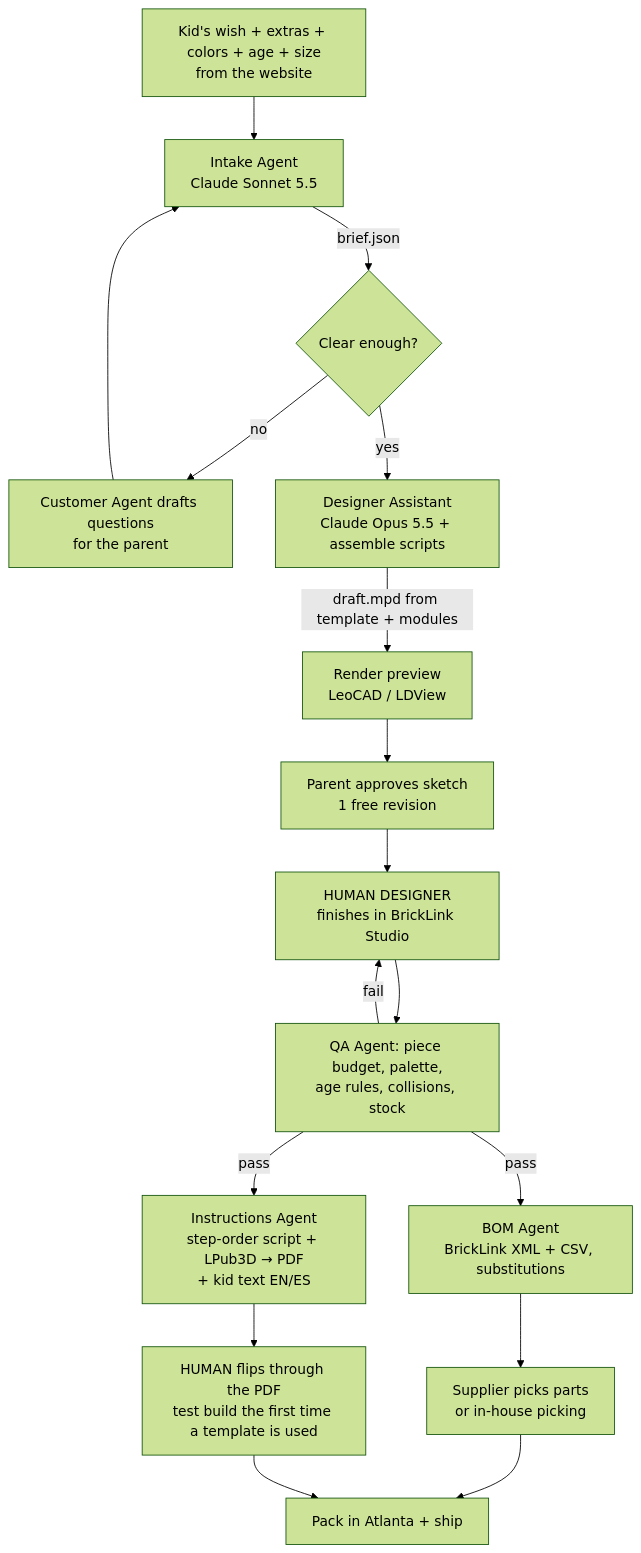
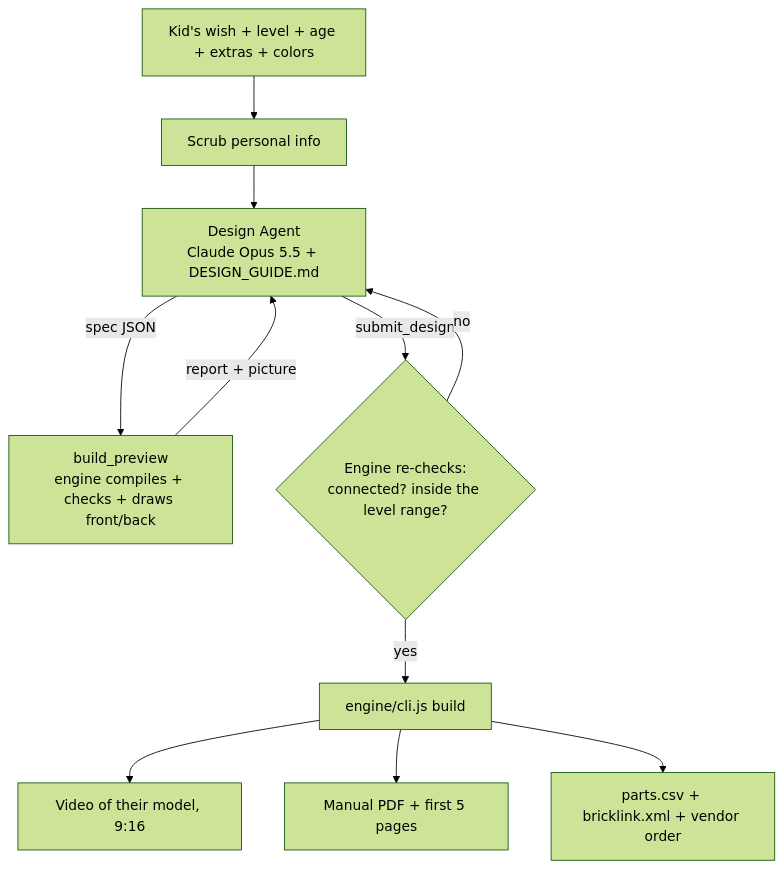
Before and after one commit to info4keyslocksmith-jpg/fifa-world-cup: the diagram in brickwish/AI_PIPELINE.md, drawn with Mermaid (forest theme). The commit also changed other lines of this file and 34 other files, not shown here.

First line of the commit message:
Levels 1-6 up to 8,000 pieces, every wish gets built, one JS engine

````diff
--- a/brickwish/AI_PIPELINE.md
+++ b/brickwish/AI_PIPELINE.md
@@ -39,18 +25,13 @@
 ```mermaid
 flowchart TD
-  A[Kid's wish + extras + colors + age + size<br/>from the website] --> B[Intake Agent<br/>Claude Sonnet 5.5]
-  B -->|brief.json| C{Clear enough?}
-  C -- no --> D[Customer Agent drafts questions<br/>for the parent] --> B
-  C -- yes --> E[Designer Assistant<br/>Claude Opus 5.5 + assemble scripts]
-  E -->|draft.mpd from template + modules| F[Render preview<br/>LeoCAD / LDView]
-  F --> G[Parent approves sketch<br/>1 free revision]
-  G --> H[HUMAN DESIGNER<br/>finishes in BrickLink Studio]
-  H --> I[QA Agent: piece budget, palette,<br/>age rules, collisions, stock]
-  I -- fail --> H
-  I -- pass --> J[BOM Agent<br/>BrickLink XML + CSV, substitutions]
-  I -- pass --> K[Instructions Agent<br/>step-order script + LPub3D → PDF<br/>+ kid text EN/ES]
-  J --> L[Supplier picks parts<br/>or in-house picking]
-  K --> M[HUMAN flips through the PDF<br/>test build the first time a template is used]
-  L --> N[Pack in Atlanta + ship]
-  M --> N
+  A[Kid's wish + level + age + extras + colors] --> S[Scrub personal info]
+  S --> D[Design Agent<br/>Claude Opus 5.5 + DESIGN_GUIDE.md]
+  D -->|spec JSON| P[build_preview<br/>engine compiles + checks + draws front/back]
+  P -->|report + picture| D
+  D -->|submit_design| C{Engine re-checks:<br/>connected? inside the level range?}
+  C -- no --> D
+  C -- yes --> B[engine/cli.js build]
+  B --> V[Video of their model, 9:16]
+  B --> M[Manual PDF + first 5 pages]
+  B --> F[parts.csv + bricklink.xml + vendor order]
 ```
````
